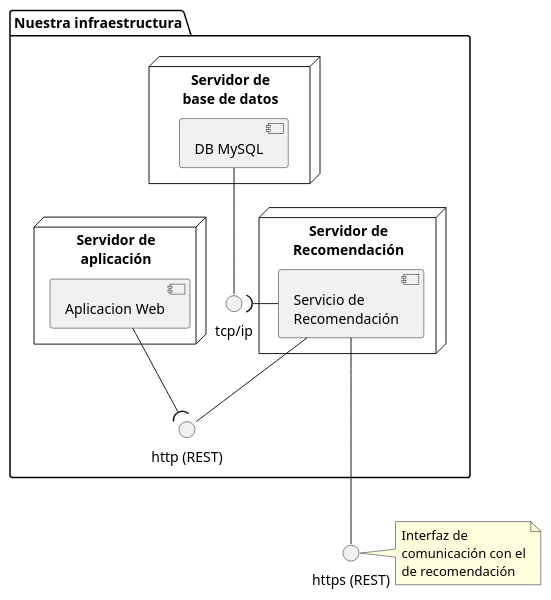
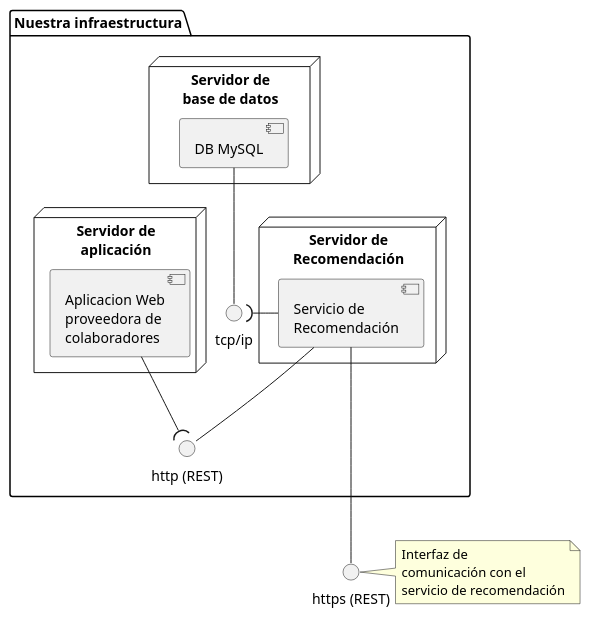
Before and after one commit to Uberg001/2024-tpa-mi-no-grupo-05-servicio-recomendador: the diagram in docs/diagrams/architecture.puml, drawn with PlantUML.

```diff
--- a/docs/diagrams/architecture.puml
+++ b/docs/diagrams/architecture.puml
@@ -1,36 +1,36 @@
 @startuml
 
 package "Nuestra infraestructura" {
 
     node "Servidor de\nRecomendación" {
     component "Servicio de\nRecomendación" as service
     }
 
     node "Servidor de\nbase de datos" {
     component "DB MySQL" as db
     }
 
     node "Servidor de\naplicación" {
-    component "Aplicacion Web" as app
+    component "Aplicacion Web\nproveedora de\ncolaboradores" as app
     }
 
     interface "http (REST)" as app_interface
     interface "tcp/ip" as db_interface
 
     app --( app_interface
     service -- app_interface
 }
 
 interface "https (REST)" as service_interface
 
 note right of service_interface
     Interfaz de
     comunicación con el
-    de recomendación
+    servicio de recomendación
 endnote
 
 db -- db_interface
 db_interface )- service
 service --- service_interface
 
 @enduml
```
